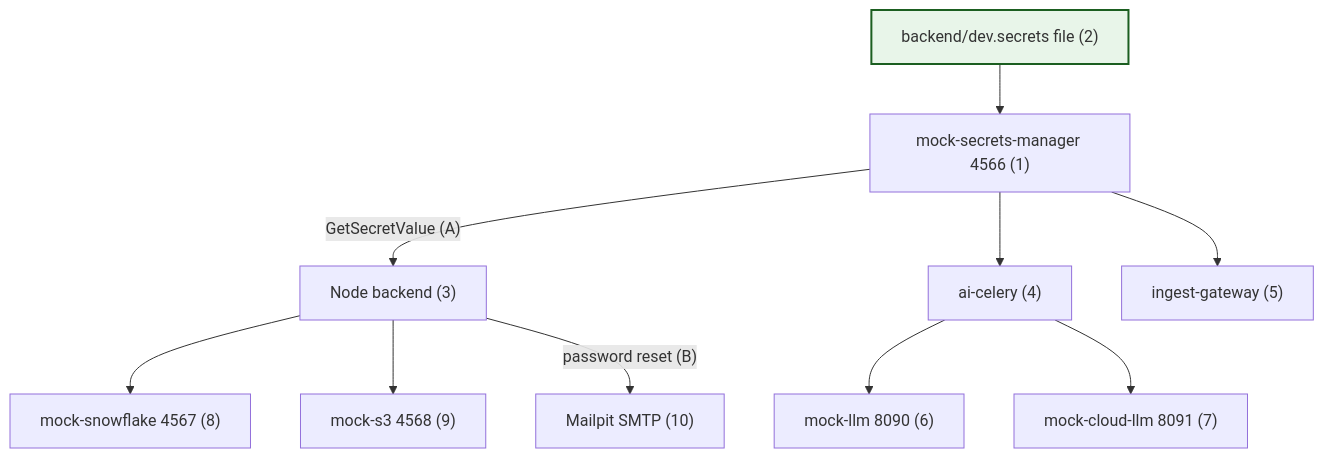
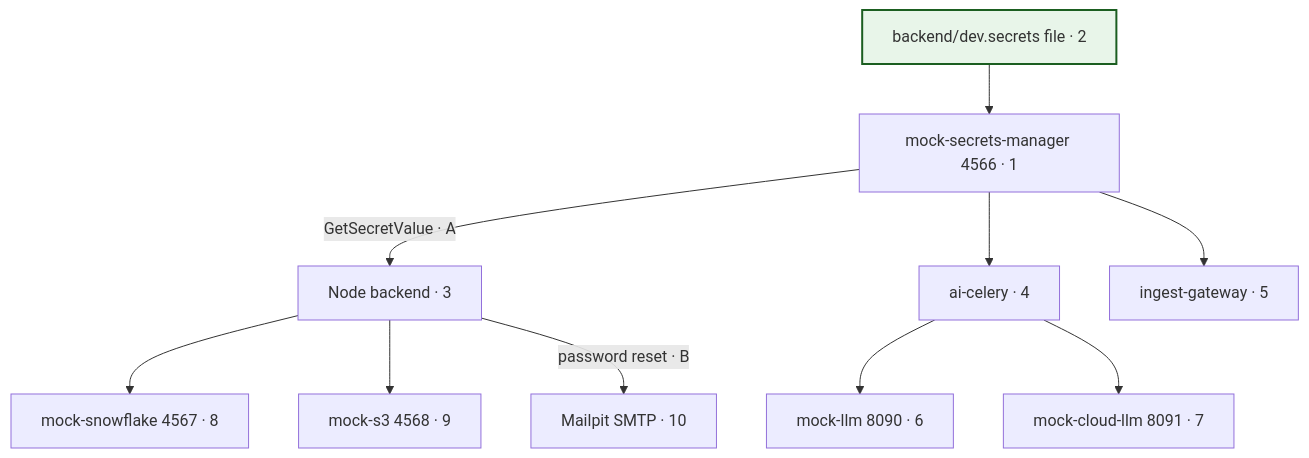
Before and after one commit to OferElboher/suspicious-email-triage: the diagram in docs/diagrams/system-flow-06-dev-mocks.mmd, drawn with Mermaid. The commit also changed 18 other files, not shown here.

First line of the commit message:
Align flowchart Mermaid syntax with comprehensive guide arrowheads.

```diff
--- a/docs/diagrams/system-flow-06-dev-mocks.mmd
+++ b/docs/diagrams/system-flow-06-dev-mocks.mmd
@@ -1,25 +1,25 @@
 flowchart TB
   classDef flowEntry fill:#e8f5e9,stroke:#1b5e20,stroke-width:2px
 
-  SEC["mock-secrets-manager 4566 (1)"]
-  DEV["backend/dev.secrets file (2)"]
-  N["Node backend (3)"]
-  PY["ai-celery (4)"]
-  GW["ingest-gateway (5)"]
-  MLLM["mock-llm 8090 (6)"]
-  MCL["mock-cloud-llm 8091 (7)"]
-  MSF["mock-snowflake 4567 (8)"]
-  MS3["mock-s3 4568 (9)"]
-  MP["Mailpit SMTP (10)"]
+  SEC["mock-secrets-manager 4566 · 1"]
+  DEV["backend/dev.secrets file · 2"]
+  N["Node backend · 3"]
+  PY["ai-celery · 4"]
+  GW["ingest-gateway · 5"]
+  MLLM["mock-llm 8090 · 6"]
+  MCL["mock-cloud-llm 8091 · 7"]
+  MSF["mock-snowflake 4567 · 8"]
+  MS3["mock-s3 4568 · 9"]
+  MP["Mailpit SMTP · 10"]
 
   DEV --> SEC
-  SEC -->|"GetSecretValue (A)"| N
+  SEC -->|GetSecretValue · A| N
   SEC --> PY
   SEC --> GW
   PY --> MLLM
   PY --> MCL
   N --> MSF
   N --> MS3
-  N -->|"password reset (B)"| MP
+  N -->|password reset · B| MP
 
   class DEV flowEntry
```
